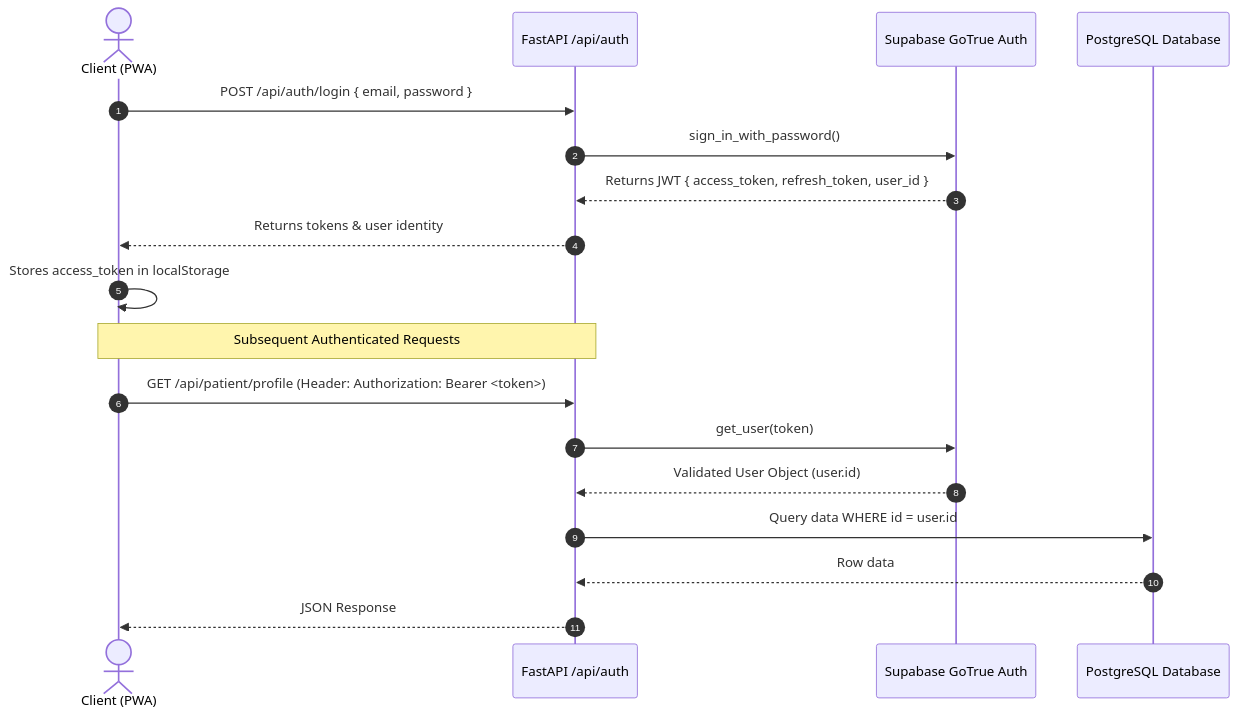
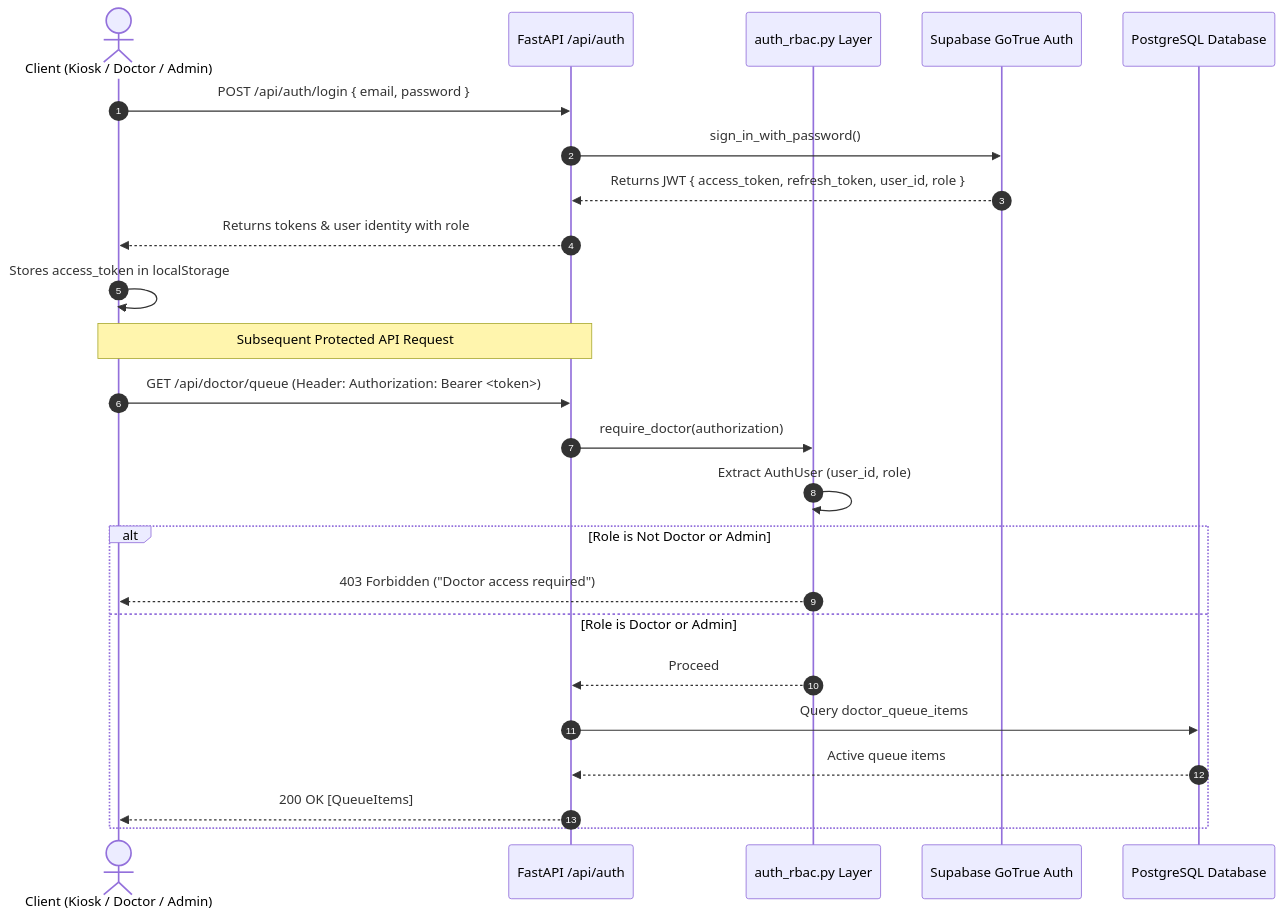
The diagram in docs/authentication-security.md (DakshChaudhary2668/MediKiosk), drawn with Mermaid before and after one commit. The commit also changed other lines of this file and 33 other files, not shown here.

Commit message:
feat: backend contracts alignment, P0 auto-escalation, RBAC, kiosk auth, and technical documentation suite

````diff
--- a/docs/authentication-security.md
+++ b/docs/authentication-security.md
@@ -11,22 +11,28 @@
 ```mermaid
 sequenceDiagram
     autonumber
-    actor User as Client (PWA)
+    actor User as Client (Kiosk / Doctor / Admin)
     participant AuthRouter as FastAPI /api/auth
+    participant RBAC as auth_rbac.py Layer
     participant Supabase as Supabase GoTrue Auth
     participant DB as PostgreSQL Database
 
     User->>AuthRouter: POST /api/auth/login { email, password }
     AuthRouter->>Supabase: sign_in_with_password()
-    Supabase-->>AuthRouter: Returns JWT { access_token, refresh_token, user_id }
-    AuthRouter-->>User: Returns tokens & user identity
+    Supabase-->>AuthRouter: Returns JWT { access_token, refresh_token, user_id, role }
+    AuthRouter-->>User: Returns tokens & user identity with role
     User->>User: Stores access_token in localStorage
 
-    Note over User,AuthRouter: Subsequent Authenticated Requests
-    User->>AuthRouter: GET /api/patient/profile (Header: Authorization: Bearer <token>)
-    AuthRouter->>Supabase: get_user(token)
-    Supabase-->>AuthRouter: Validated User Object (user.id)
-    AuthRouter->>DB: Query data WHERE id = user.id
-    DB-->>AuthRouter: Row data
-    AuthRouter-->>User: JSON Response
+    Note over User,AuthRouter: Subsequent Protected API Request
+    User->>AuthRouter: GET /api/doctor/queue (Header: Authorization: Bearer <token>)
+    AuthRouter->>RBAC: require_doctor(authorization)
+    RBAC->>RBAC: Extract AuthUser (user_id, role)
+    alt Role is Not Doctor or Admin
+        RBAC-->>User: 403 Forbidden ("Doctor access required")
+    else Role is Doctor or Admin
+        RBAC-->>AuthRouter: Proceed
+        AuthRouter->>DB: Query doctor_queue_items
+        DB-->>AuthRouter: Active queue items
+        AuthRouter-->>User: 200 OK [QueueItems]
+    end
 ```
````
